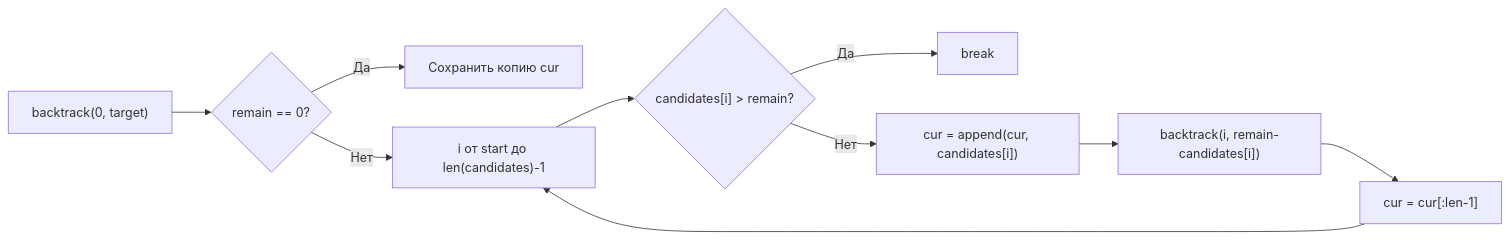
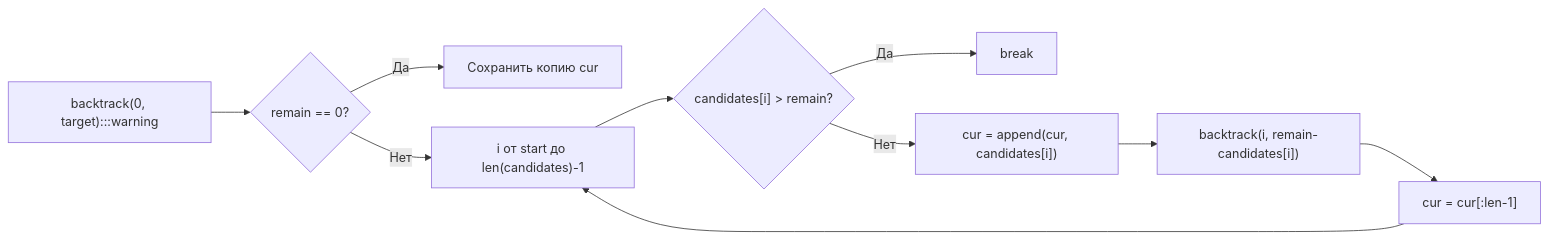
Before and after one commit to UnrealTemplier/go-textbook: the diagram in sources/21. Задачи с LeetCode и собеседований на Go/02. Задачи/10. Backtracking/7. Combination Sum.md, drawn with Mermaid. The commit also changed 1666 other files, not shown here.

First line of the commit message:
feat(mermaid): add semantic color classDef to 1369 colorless flowchart/graph diagrams

````diff
--- a/sources/21. Задачи с LeetCode и собеседований на Go/02. Задачи/10. Backtracking/7. Combination Sum.md
+++ b/sources/21. Задачи с LeetCode и собеседований на Go/02. Задачи/10. Backtracking/7. Combination Sum.md
@@ -65,12 +65,22 @@
 ```mermaid
 flowchart LR
-    A["backtrack(0, target)"] --> B{"remain == 0?"}
+    classDef process  fill:#1e293b,stroke:#38bdf8,stroke-width:1px,color:#f8fafc
+    classDef success  fill:#064e3b,stroke:#34d399,stroke-width:1px,color:#f8fafc
+    classDef error    fill:#7f1d1d,stroke:#f87171,stroke-width:1px,color:#f8fafc
+    classDef warning  fill:#78350f,stroke:#fbbf24,stroke-width:1px,color:#f8fafc
+    classDef entry    fill:#1e3a5f,stroke:#38bdf8,stroke-width:2px,color:#f8fafc
+    classDef aux      fill:#334155,stroke:#64748b,stroke-width:1px,color:#f8fafc
+    classDef system   fill:#312e81,stroke:#a78bfa,stroke-width:1px,color:#f8fafc
+    classDef data     fill:#132d29,stroke:#2dd4bf,stroke-width:1px,color:#f8fafc
+    classDef network  fill:#881337,stroke:#fb7185,stroke-width:1px,color:#f8fafc
+    classDef accent   fill:#1e1b4b,stroke:#818cf8,stroke-width:1px,color:#f8fafc
+    A["backtrack(0, target):::warning"] --> B{"remain == 0?"}
     B -->|"Да"| C["Сохранить копию cur"]
     B -->|"Нет"| D["i от start до len(candidates)-1"]
     D --> E{"candidates[i] > remain?"}
     E -->|"Да"| F["break"]
     E -->|"Нет"| G["cur = append(cur, candidates[i])"]
     G --> H["backtrack(i, remain-candidates[i])"]
     H --> I["cur = cur[:len-1]"]
     I --> D
 ```
````
